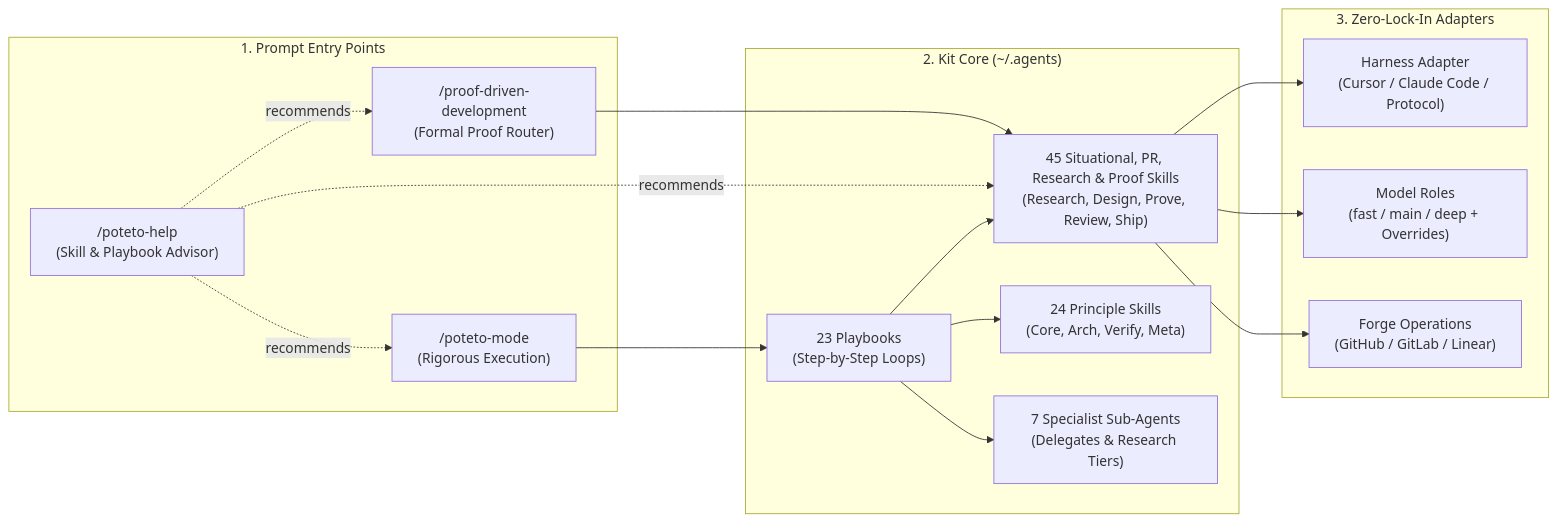
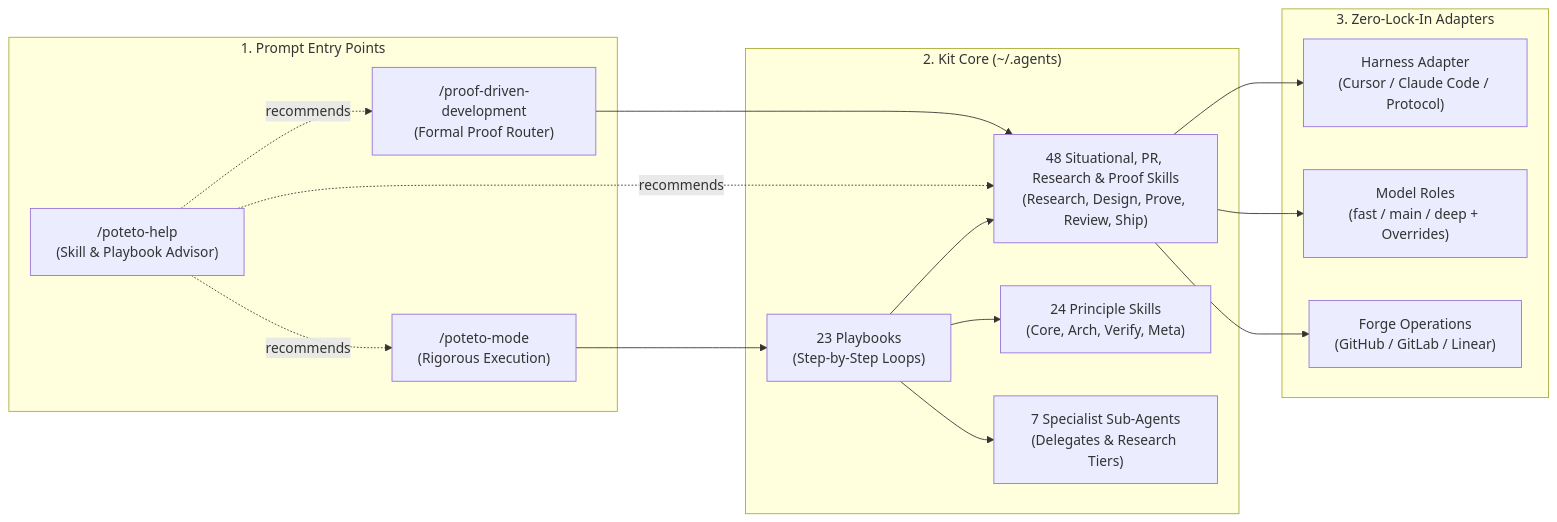
Before and after one commit to PhillipChaffee/.agents: the first of 3 diagrams in README.md, drawn with Mermaid. The commit also changed other lines of this file and 26 other files, not shown here.

````diff
--- a/README.md
+++ b/README.md
@@ -11,27 +11,27 @@
 ```mermaid
 flowchart LR
     subgraph Input["1. Prompt Entry Points"]
         PM["/poteto-mode<br/>(Rigorous Execution)"]
         PDD["/proof-driven-development<br/>(Formal Proof Router)"]
         PH["/poteto-help<br/>(Skill & Playbook Advisor)"]
     end
 
     subgraph Engine["2. Kit Core (~/.agents)"]
         PB["23 Playbooks<br/>(Step-by-Step Loops)"]
-        SK["45 Situational, PR, Research & Proof Skills<br/>(Research, Design, Prove, Review, Ship)"]
+        SK["48 Situational, PR, Research & Proof Skills<br/>(Research, Design, Prove, Review, Ship)"]
         PR["24 Principle Skills<br/>(Core, Arch, Verify, Meta)"]
         AG["7 Specialist Sub-Agents<br/>(Delegates & Research Tiers)"]
     end
 
     subgraph Adapters["3. Zero-Lock-In Adapters"]
         HarnessAdapter["Harness Adapter<br/>(Cursor / Claude Code / Protocol)"]
         ModelRoles["Model Roles<br/>(fast / main / deep + Overrides)"]
         ForgeOps["Forge Operations<br/>(GitHub / GitLab / Linear)"]
     end
 
     PM --> PB
     PDD --> SK
     PH -.->|"recommends"| PM & PDD & SK
     PB --> SK & PR & AG
     SK --> HarnessAdapter & ModelRoles & ForgeOps
 ```
````
